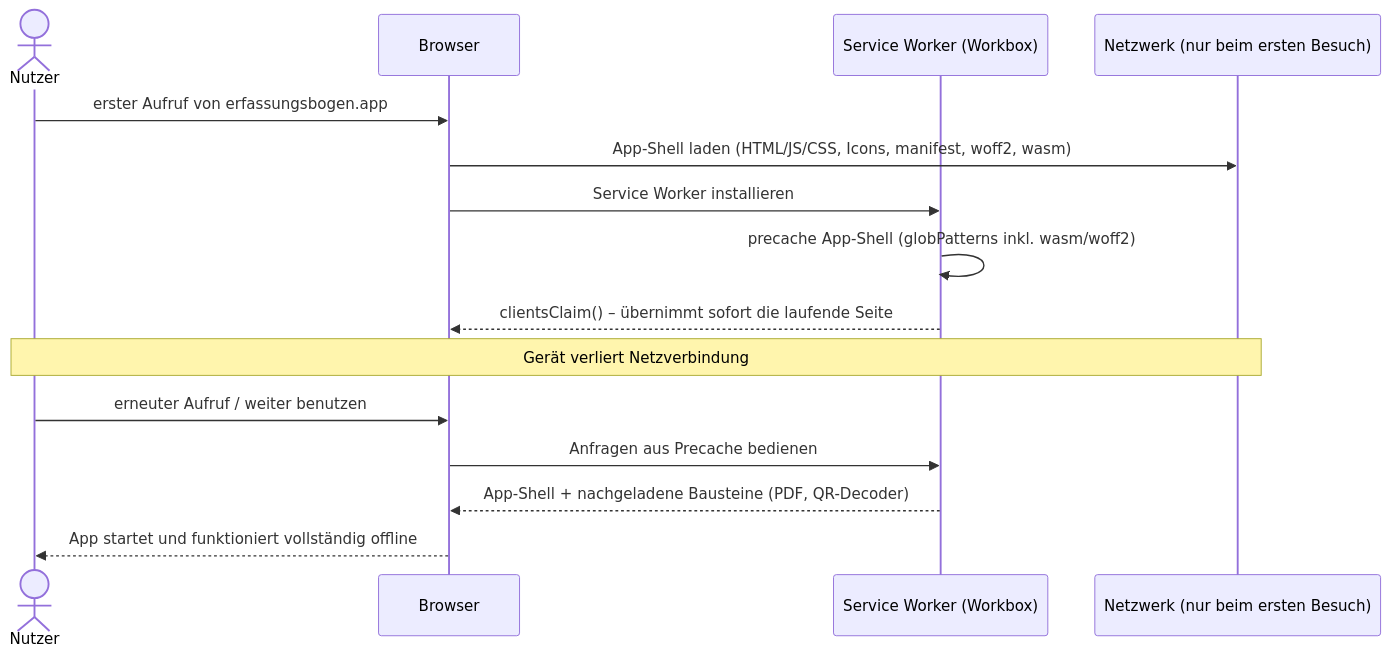
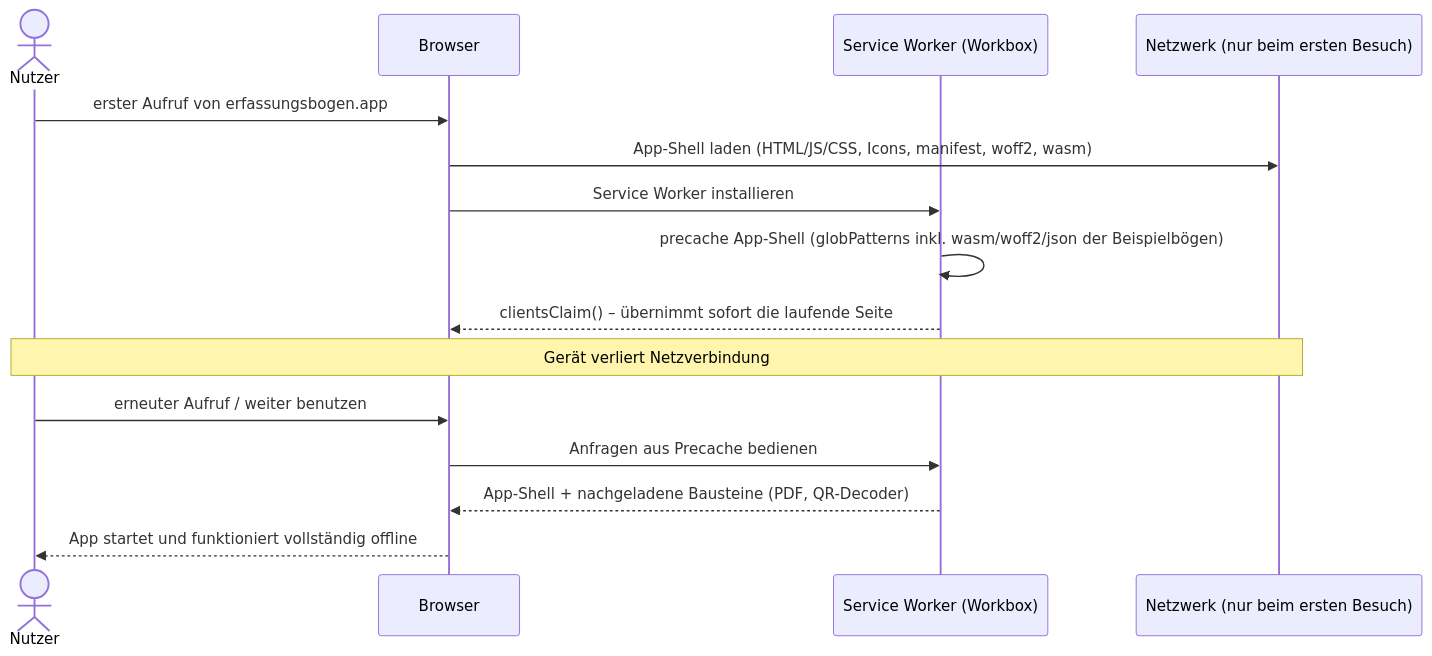
One commit to wattnpapa/erfassungsbogen changed the eighth of 12 diagrams in docs/arc42-architektur.md. Above: the diagram before and after it, drawn with Mermaid. The commit also changed other lines of this file and 8 other files, not shown here.

````diff
--- a/docs/arc42-architektur.md
+++ b/docs/arc42-architektur.md
@@ -819,18 +819,18 @@
 ```mermaid
 sequenceDiagram
   actor Nutzer
   participant Browser
   participant SW as Service Worker (Workbox)
   participant Netz as Netzwerk (nur beim ersten Besuch)
 
   Nutzer->>Browser: erster Aufruf von erfassungsbogen.app
   Browser->>Netz: App-Shell laden (HTML/JS/CSS, Icons, manifest, woff2, wasm)
   Browser->>SW: Service Worker installieren
-  SW->>SW: precache App-Shell (globPatterns inkl. wasm/woff2)
+  SW->>SW: precache App-Shell (globPatterns inkl. wasm/woff2/json der Beispielbögen)
   SW-->>Browser: clientsClaim() – übernimmt sofort die laufende Seite
   Note over Nutzer,Netz: Gerät verliert Netzverbindung
   Nutzer->>Browser: erneuter Aufruf / weiter benutzen
   Browser->>SW: Anfragen aus Precache bedienen
   SW-->>Browser: App-Shell + nachgeladene Bausteine (PDF, QR-Decoder)
   Browser-->>Nutzer: App startet und funktioniert vollständig offline
 ```
````
